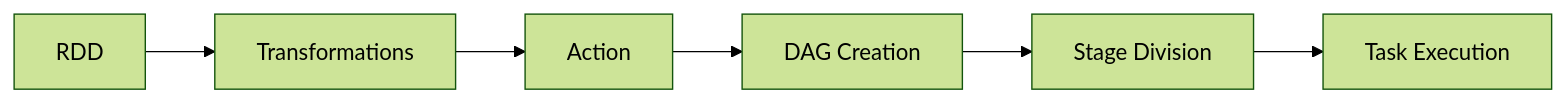
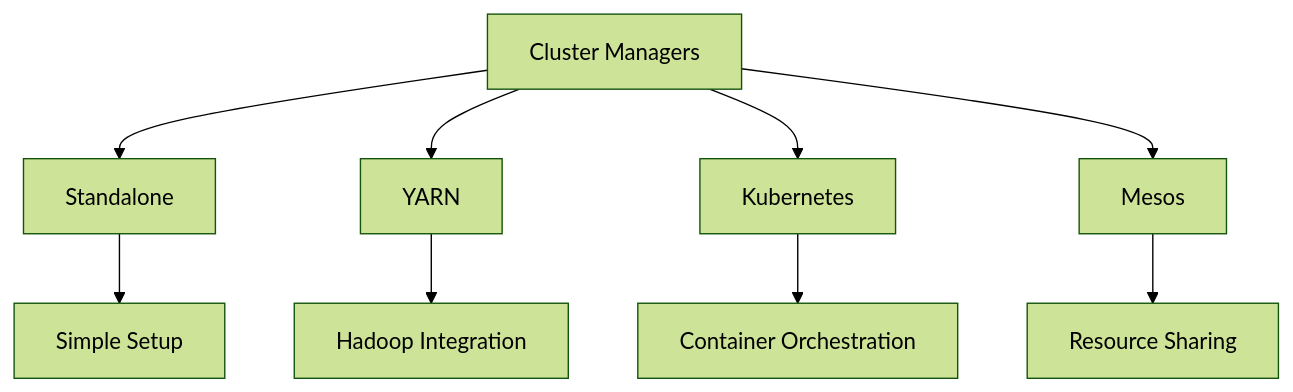
One commit to veltzer/teaching-slides changed the diagram in mermaid/marp/courses/apache-spark-with-scala/01_introduction_to_spark.md/10.mmd. Above: the diagram before and after it, drawn with Mermaid (forest theme). The commit also changed 27 other files, not shown here.

```diff
--- a/mermaid/marp/courses/apache-spark-with-scala/01_introduction_to_spark.md/10.mmd
+++ b/mermaid/marp/courses/apache-spark-with-scala/01_introduction_to_spark.md/10.mmd
@@ -1,6 +1,10 @@
-graph LR
-    A[RDD] --> B[Transformations]
-    B --> C[Action]
-    C --> D[DAG Creation]
-    D --> E[Stage Division]
-    E --> F[Task Execution]
+graph TD
+    CM[Cluster Managers] --> Standalone[Standalone]
+    CM --> YARN[YARN]
+    CM --> K8s[Kubernetes]
+    CM --> Mesos[Mesos]
+    
+    Standalone --> SA[Simple Setup]
+    YARN --> YA[Hadoop Integration]
+    K8s --> KA[Container Orchestration]
+    Mesos --> MA[Resource Sharing]
```
